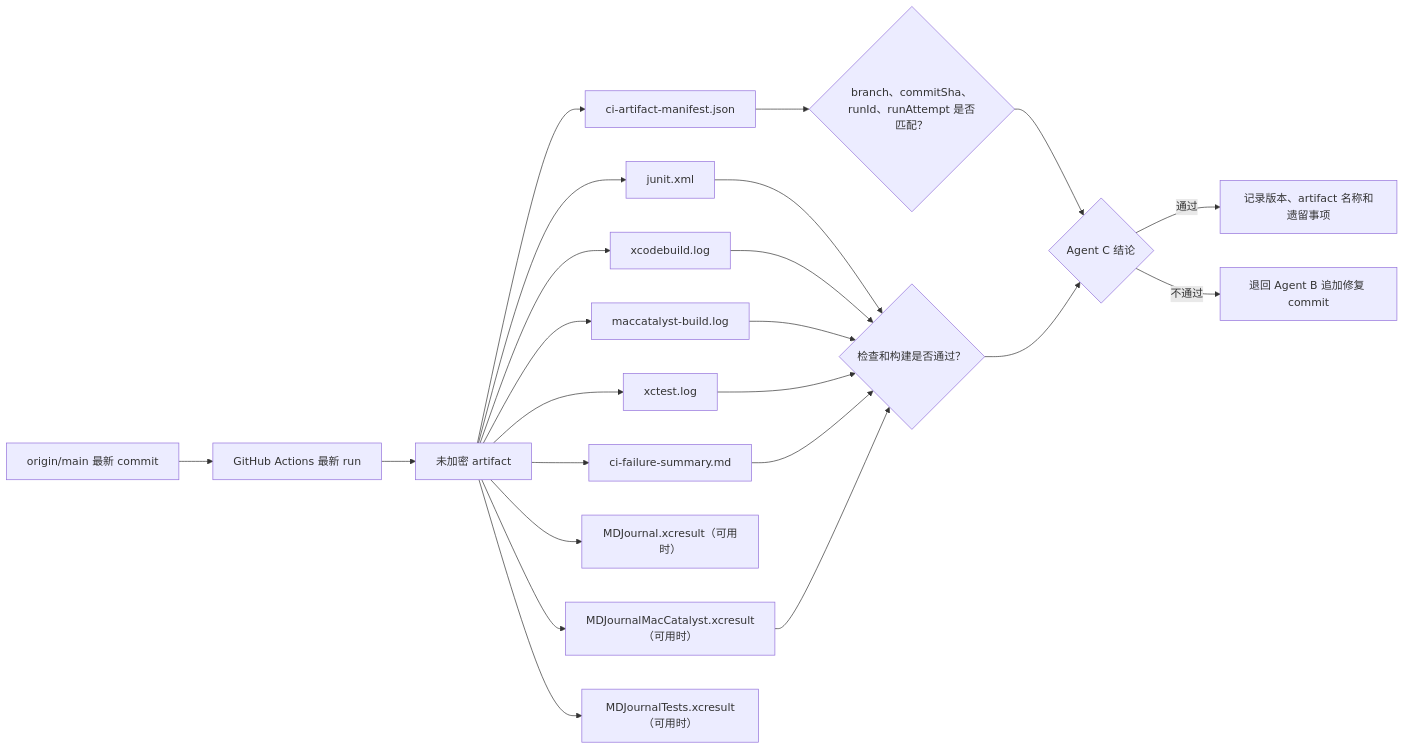
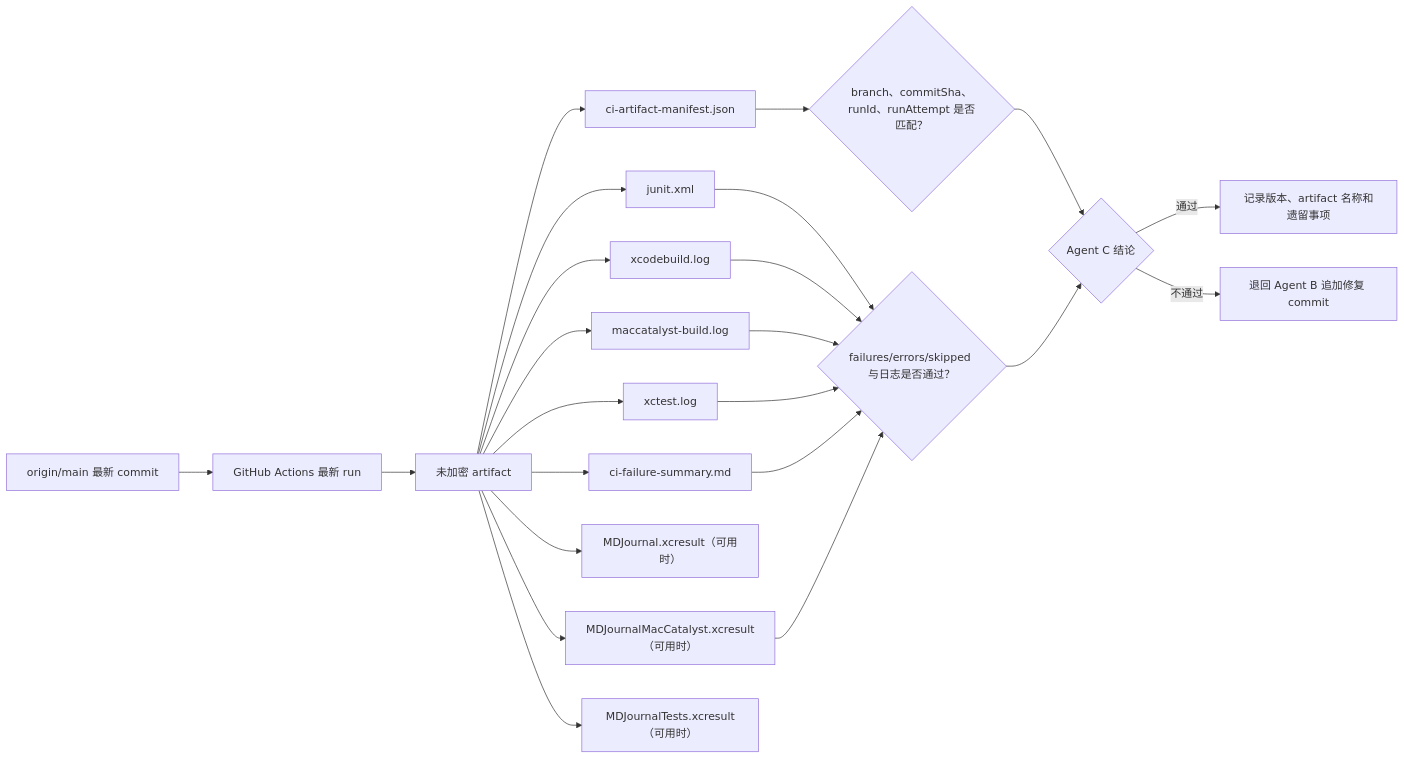
The sixth of 6 diagrams in md/flow/flowchart.md (Altman-sam114/117), drawn with Mermaid before and after one commit. The commit also changed 6 other files, not shown here.

````diff
--- a/md/flow/flowchart.md
+++ b/md/flow/flowchart.md
@@ -202,25 +202,25 @@
 ```mermaid
 flowchart LR
   OriginMain["origin/main 最新 commit"] --> Run["GitHub Actions 最新 run"]
   Run --> Artifact["未加密 artifact"]
   Artifact --> Manifest["ci-artifact-manifest.json"]
   Artifact --> JUnit["junit.xml"]
   Artifact --> BuildLog["xcodebuild.log"]
   Artifact --> CatalystLog["maccatalyst-build.log"]
   Artifact --> TestLog["xctest.log"]
   Artifact --> Summary["ci-failure-summary.md"]
   Artifact --> XCResult["MDJournal.xcresult（可用时）"]
   Artifact --> CatalystResult["MDJournalMacCatalyst.xcresult（可用时）"]
   Artifact --> TestResult["MDJournalTests.xcresult（可用时）"]
   Manifest --> Match{"branch、commitSha、runId、runAttempt 是否匹配？"}
-  JUnit --> Outcome{"检查和构建是否通过？"}
+  JUnit --> Outcome{"failures/errors/skipped 与日志是否通过？"}
   BuildLog --> Outcome
   CatalystLog --> Outcome
   TestLog --> Outcome
   Summary --> Outcome
   CatalystResult --> Outcome
   Match --> Accept{"Agent C 结论"}
   Outcome --> Accept
   Accept -- "通过" --> Record["记录版本、artifact 名称和遗留事项"]
   Accept -- "不通过" --> Repair["退回 Agent B 追加修复 commit"]
 ```
````
